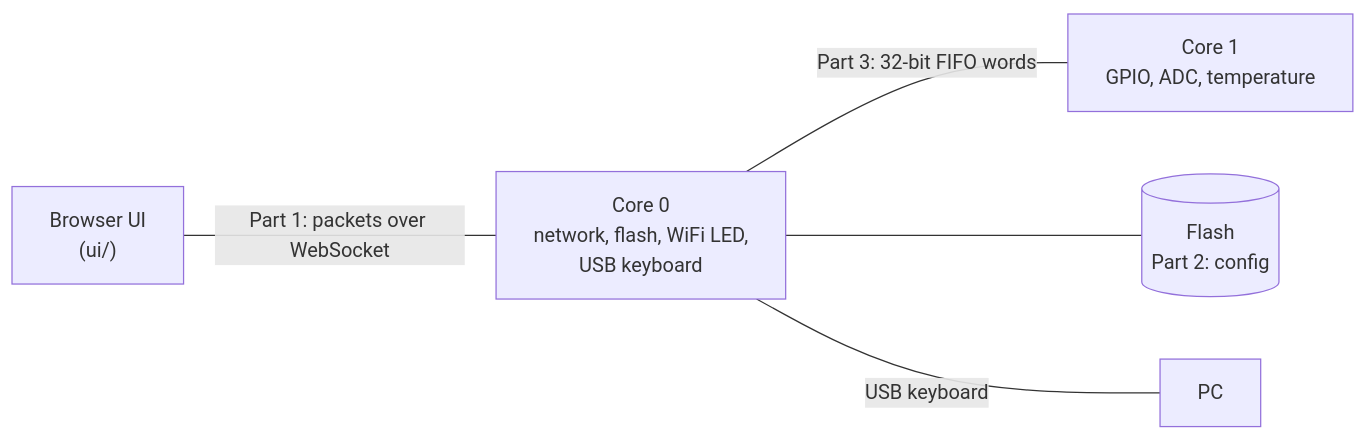
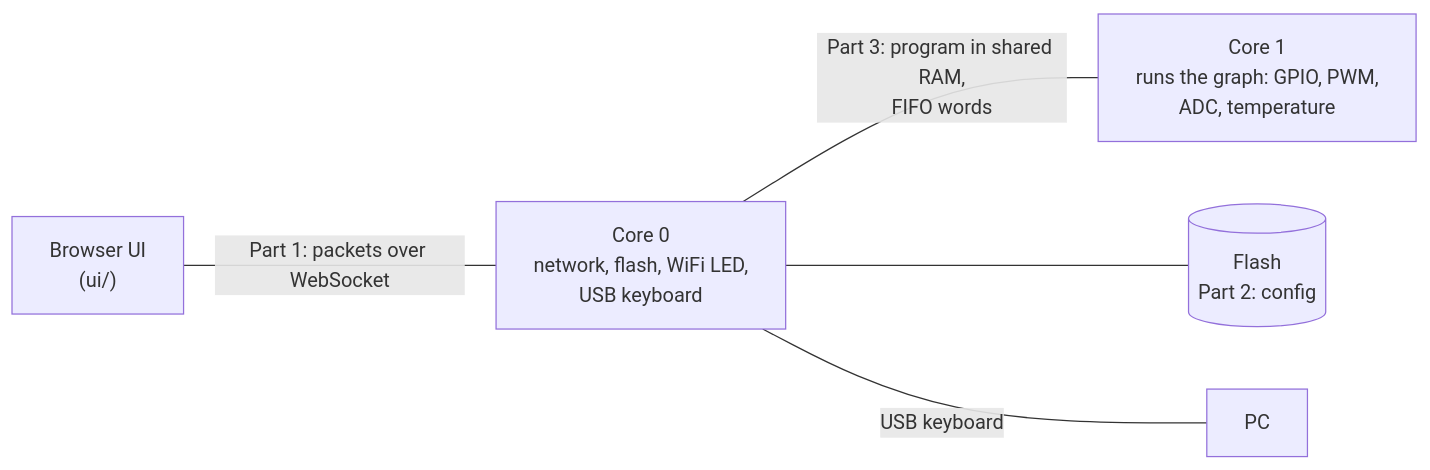
Before and after one commit to anroleroux/neograph: the first of 5 diagrams in PROTOCOL.md, drawn with Mermaid. The commit also changed other lines of this file and 16 other files, not shown here.

````diff
--- a/PROTOCOL.md
+++ b/PROTOCOL.md
@@ -7,7 +7,7 @@
 ```mermaid
 flowchart LR
     UI["Browser UI<br/>(ui/)"] -- "Part 1: packets over WebSocket" --- C0["Core 0<br/>network, flash, WiFi LED,<br/>USB keyboard"]
-    C0 -- "Part 3: 32-bit FIFO words" --- C1["Core 1<br/>GPIO, ADC, temperature"]
+    C0 -- "Part 3: program in shared RAM,<br/>FIFO words" --- C1["Core 1<br/>runs the graph: GPIO, PWM,<br/>ADC, temperature"]
     C0 --- F[("Flash<br/>Part 2: config")]
     C0 -- "USB keyboard" --- PC["PC"]
 ```
````
